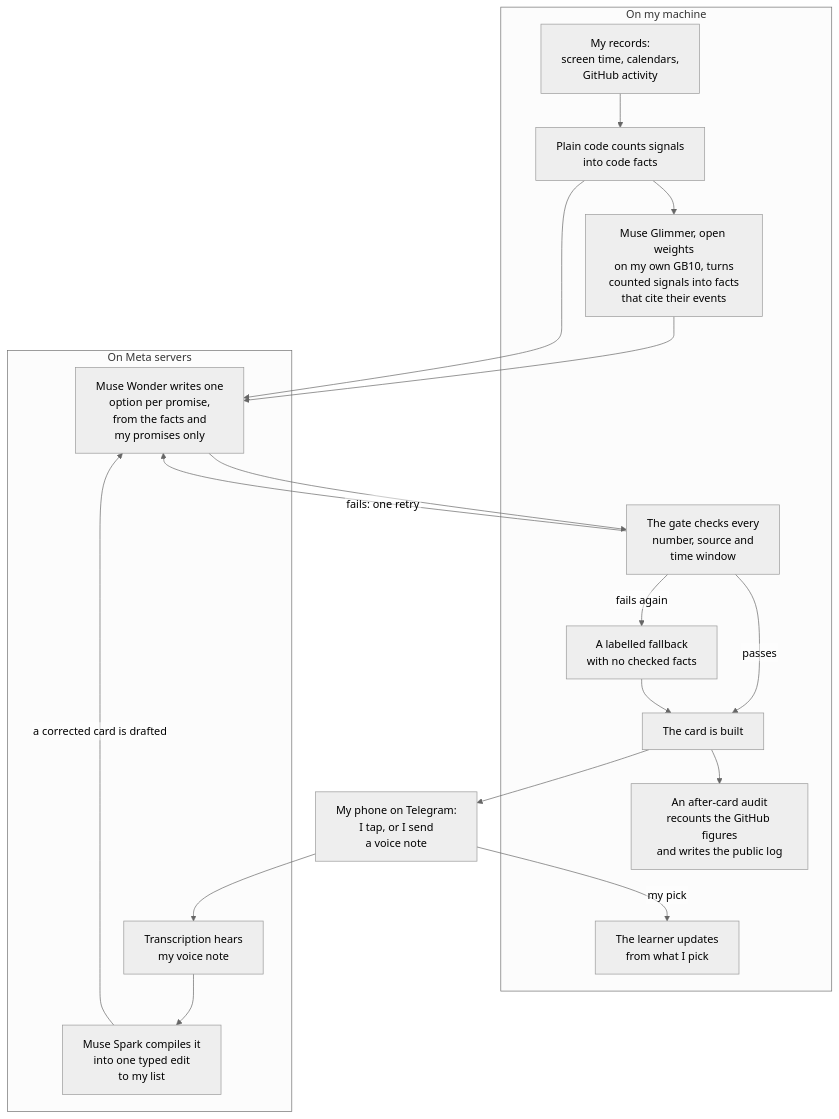
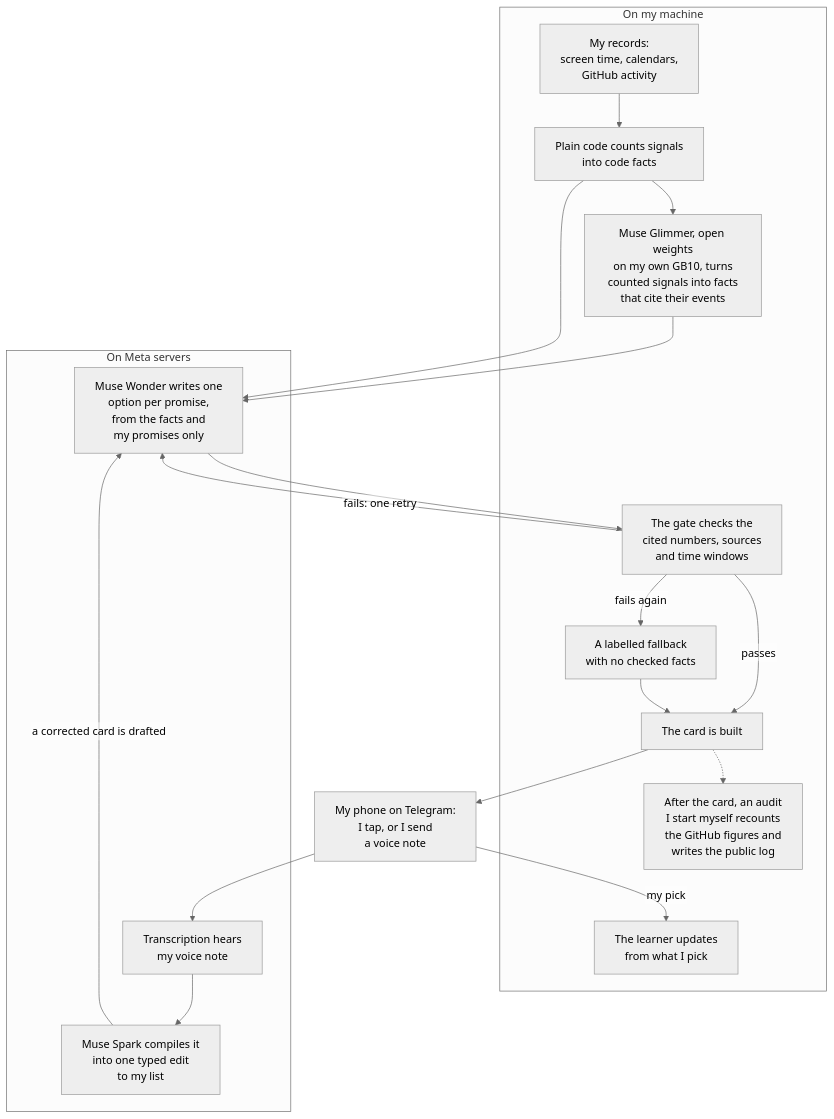
Before and after one commit to macayaven/ikigai-loop: the first of 3 diagrams in README.md, drawn with Mermaid (neutral theme). The commit also changed other lines of this file, not shown here.

Commit message:
Docs 12: narrower claims and two diagram fixes, from outside graders

````diff
--- a/README.md
+++ b/README.md
@@ -31,30 +31,30 @@
 ```mermaid
 %%{init: {"flowchart": {"htmlLabels": false}}}%%
 flowchart TD
     subgraph Mine["On my machine"]
         Records["My records:<br/>screen time, calendars,<br/>GitHub activity"]
         Counted["Plain code counts signals<br/>into code facts"]
         Glimmer["Muse Glimmer, open weights<br/>on my own GB10, turns<br/>counted signals into facts<br/>that cite their events"]
-        Gate["The gate checks every<br/>number, source and<br/>time window"]
+        Gate["The gate checks the<br/>cited numbers, sources<br/>and time windows"]
         Fallback["A labelled fallback<br/>with no checked facts"]
         Card["The card is built"]
         Learn["The learner updates<br/>from what I pick"]
-        Audit["An after-card audit<br/>recounts the GitHub figures<br/>and writes the public log"]
+        Audit["After the card, an audit<br/>I start myself recounts<br/>the GitHub figures and<br/>writes the public log"]
     end
     subgraph Meta["On Meta servers"]
         Wonder["Muse Wonder writes one<br/>option per promise,<br/>from the facts and<br/>my promises only"]
         Hear["Transcription hears<br/>my voice note"]
         Compile["Muse Spark compiles it<br/>into one typed edit<br/>to my list"]
     end
     Phone["My phone on Telegram:<br/>I tap, or I send<br/>a voice note"]
     Records --> Counted --> Glimmer --> Wonder
     Counted --> Wonder
     Wonder --> Gate
     Gate -- "passes" --> Card --> Phone
     Gate -- "fails: one retry" --> Wonder
     Gate -- "fails again" --> Fallback --> Card
     Phone --> Hear --> Compile
     Compile -- "a corrected card is drafted" --> Wonder
     Phone -- "my pick" --> Learn
-    Card --> Audit
+    Card -.-> Audit
 ```
````
